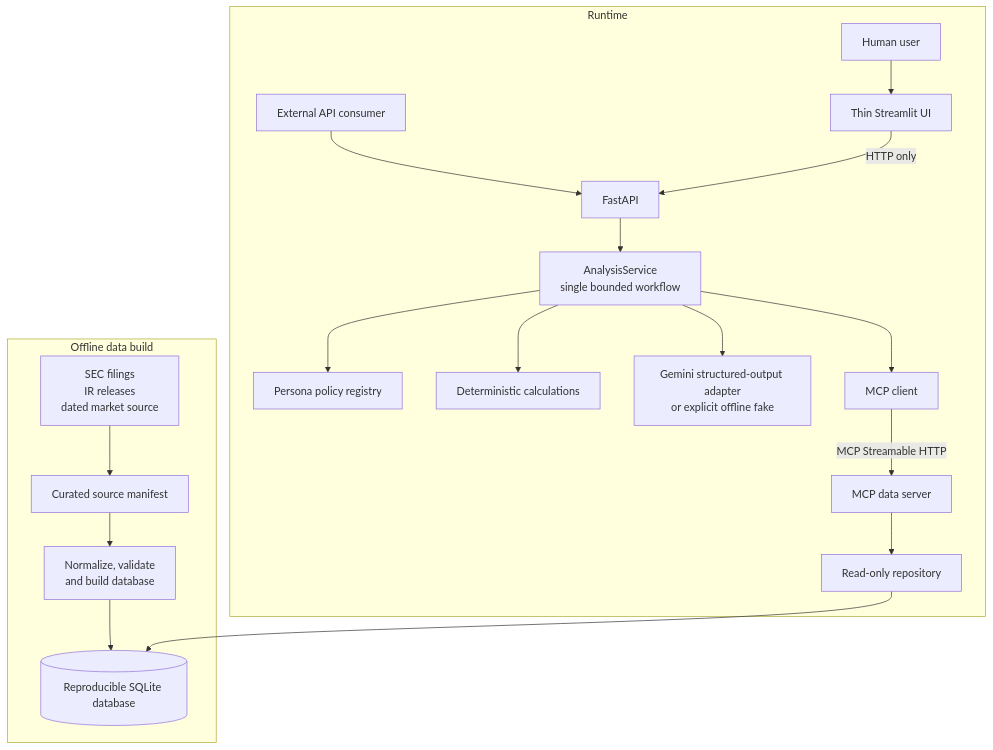
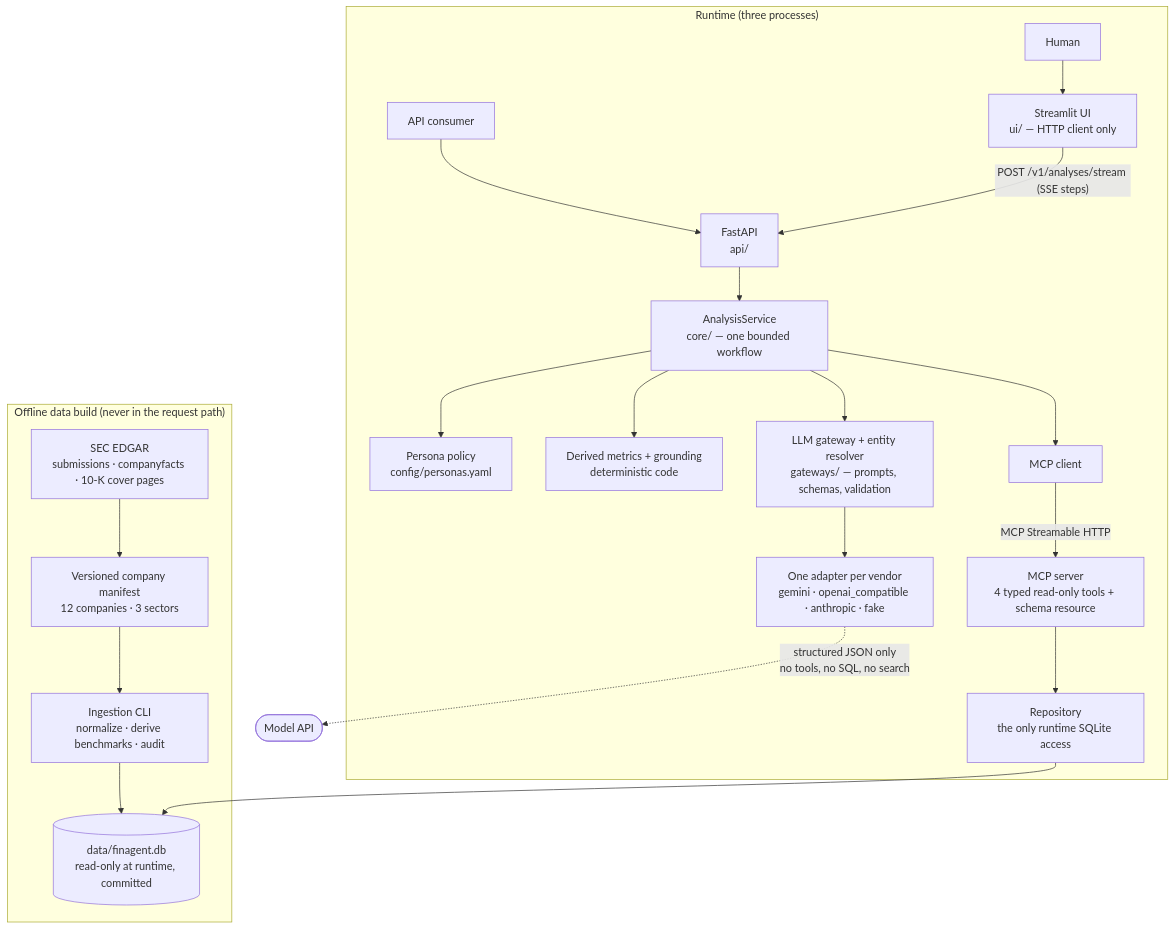
One commit to salujajaskeerat/FinAgent changed the diagram in docs/diagrams/architecture.mmd. Above: the diagram before and after it, drawn with Mermaid. The commit also changed 3 other files, not shown here.

First line of the commit message:
docs: consolidate diagrams with the shipped workflow

```diff
--- a/docs/diagrams/architecture.mmd
+++ b/docs/diagrams/architecture.mmd
@@ -1,28 +1,27 @@
 flowchart TB
-    subgraph BuildTime["Offline data build"]
-        Sources["SEC filings<br/>IR releases<br/>dated market source"]
-        Manifest["Curated source manifest"]
-        Builder["Normalize, validate<br/>and build database"]
-        DB[("Reproducible SQLite database")]
-
-        Sources --> Manifest
-        Manifest --> Builder
-        Builder --> DB
+    subgraph BuildTime["Offline data build (never in the request path)"]
+        EDGAR["SEC EDGAR<br/>submissions · companyfacts · 10-K cover pages"]
+        Manifest["Versioned company manifest<br/>12 companies · 3 sectors"]
+        Builder["Ingestion CLI<br/>normalize · derive benchmarks · audit"]
+        DB[("data/finagent.db<br/>read-only at runtime, committed")]
+        EDGAR --> Manifest --> Builder --> DB
     end
 
-    subgraph Runtime["Runtime"]
-        Human["Human user"] --> UI["Thin Streamlit UI"]
-        Consumer["External API consumer"] --> API["FastAPI"]
+    subgraph Runtime["Runtime (three processes)"]
+        Human["Human"] --> UI["Streamlit UI<br/>ui/ — HTTP client only"]
+        Consumer["API consumer"] --> API
+        UI -->|"POST /v1/analyses/stream (SSE steps)"| API["FastAPI<br/>api/"]
+        API --> Agent["AnalysisService<br/>core/ — one bounded workflow"]
 
-        UI -->|"HTTP only"| API
-        API --> Agent["AnalysisService<br/>single bounded workflow"]
-
-        Agent --> Policy["Persona policy registry"]
-        Agent --> Calculator["Deterministic calculations"]
-        Agent --> LLM["Gemini structured-output adapter<br/>or explicit offline fake"]
+        Agent --> Policy["Persona policy<br/>config/personas.yaml"]
+        Agent --> Derived["Derived metrics + grounding<br/>deterministic code"]
+        Agent --> Gateway["LLM gateway + entity resolver<br/>gateways/ — prompts, schemas, validation"]
+        Gateway --> Providers["One adapter per vendor<br/>gemini · openai_compatible · anthropic · fake"]
         Agent --> MCPClient["MCP client"]
 
-        MCPClient -->|"MCP Streamable HTTP"| MCPServer["MCP data server"]
-        MCPServer --> Repository["Read-only repository"]
-        Repository --> DB
+        MCPClient -->|"MCP Streamable HTTP"| MCPServer["MCP server<br/>4 typed read-only tools + schema resource"]
+        MCPServer --> Repo["Repository<br/>the only runtime SQLite access"]
+        Repo --> DB
     end
+
+    Providers -.->|"structured JSON only<br/>no tools, no SQL, no search"| LLM(["Model API"])
```
